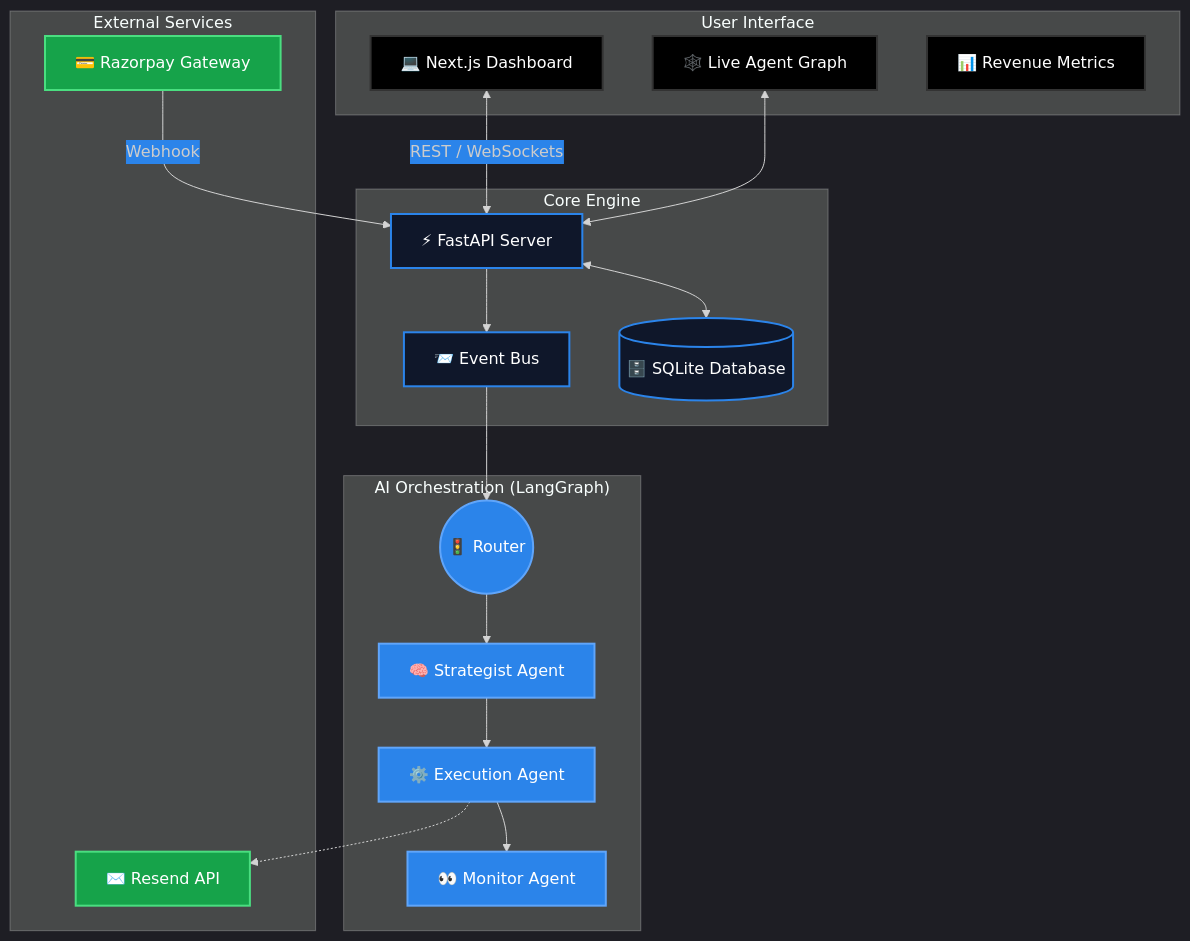
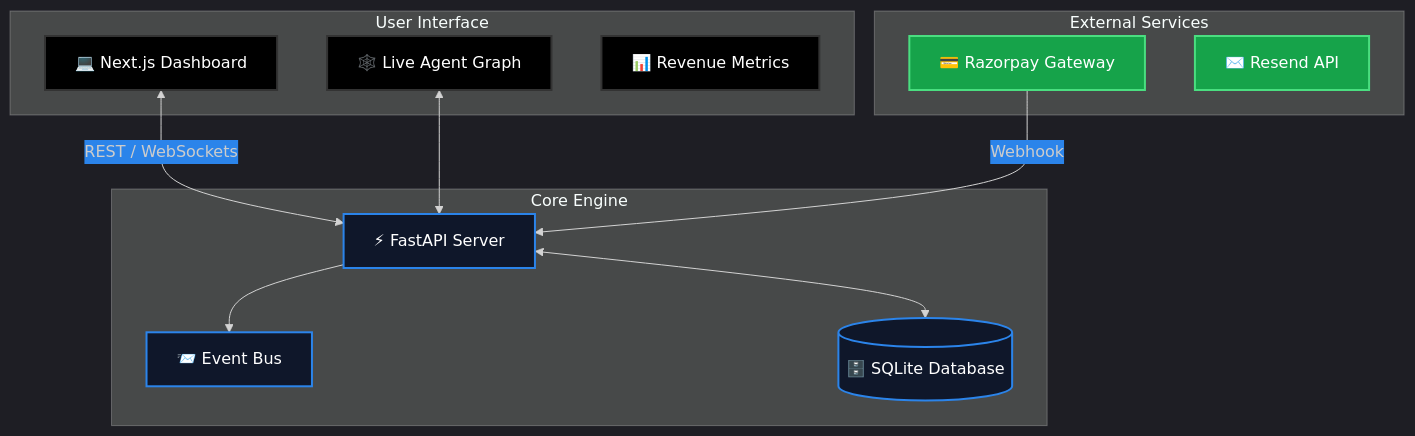
One commit to sanyam-15/Buildathon changed the second of 2 diagrams in README.md. Above: the diagram before and after it, drawn with Mermaid. The commit also changed other lines of this file, not shown here.

````diff
--- a/README.md
+++ b/README.md
@@ -58,46 +129,31 @@
 ```mermaid
 %%{init: {'theme': 'dark', 'themeVariables': { 'fontFamily': 'Inter', 'primaryColor': '#1E293B', 'edgeLabelBackground':'#2B84EA'}}}%%
 graph TD
-    %% Define Classes
     classDef frontend fill:#000000,stroke:#333,stroke-width:2px,color:#fff
     classDef backend fill:#0F172A,stroke:#2B84EA,stroke-width:2px,color:#fff
     classDef agents fill:#2B84EA,stroke:#60A5FA,stroke-width:2px,color:#fff
     classDef external fill:#16A34A,stroke:#4ADE80,stroke-width:2px,color:#fff
 
     subgraph "User Interface"
         UI[💻 Next.js Dashboard]:::frontend
         AG[🕸️ Live Agent Graph]:::frontend
         Metrics[📊 Revenue Metrics]:::frontend
     end
 
     subgraph "Core Engine"
         API[⚡ FastAPI Server]:::backend
         EB[📨 Event Bus]:::backend
         DB[(🗄️ SQLite Database)]:::backend
     end
-
-    subgraph "AI Orchestration (LangGraph)"
-        Router((🚦 Router)):::agents
-        Strat[🧠 Strategist Agent]:::agents
-        Exec[⚙️ Execution Agent]:::agents
-        Mon[👀 Monitor Agent]:::agents
-    end
     
     subgraph "External Services"
         RP[💳 Razorpay Gateway]:::external
         Email[✉️ Resend API]:::external
     end
 
-    %% Connections
     UI <-->|REST / WebSockets| API
     AG <--> API
     RP -- Webhook --> API
     API --> EB
     API <--> DB
-    EB --> Router
-    
-    Router --> Strat
-    Strat --> Exec
-    Exec --> Mon
-    Exec -.-> Email
 ```
````
